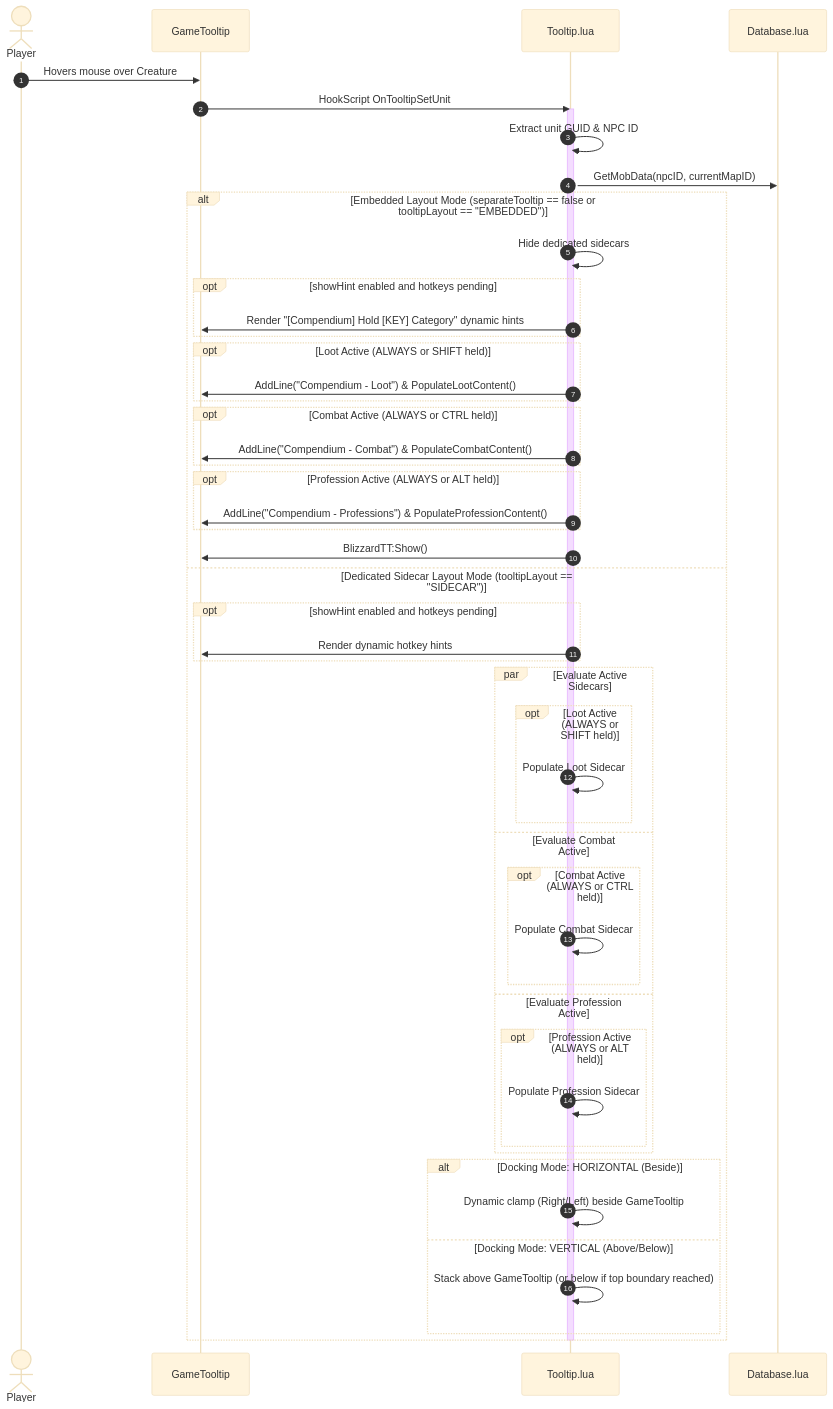
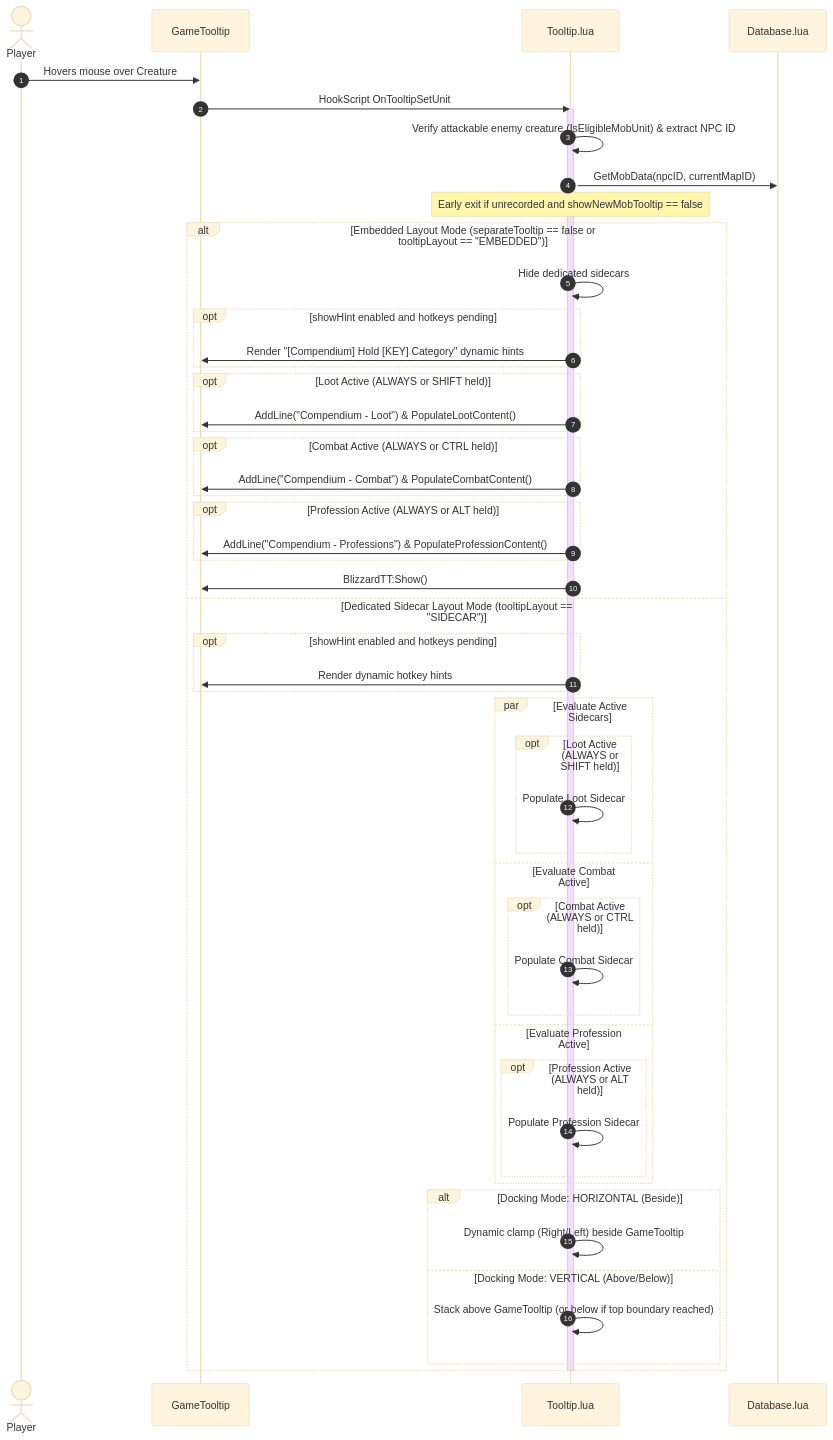
The fifth of 5 diagrams in docs/ARCHITECTURE.md (bguerre20/AzerothCreatureCompendium), drawn with Mermaid (base theme) before and after one commit. The commit also changed other lines of this file and 7 other files, not shown here.

Commit message:
feat: add setting to hide unrecorded mob tooltips and filter friendly units (#26)

````diff
--- a/docs/ARCHITECTURE.md
+++ b/docs/ARCHITECTURE.md
@@ -257,55 +257,56 @@
 ```mermaid
 sequenceDiagram
     autonumber
     actor Player
     participant BlizzardTT as GameTooltip
     participant Tooltip as Tooltip.lua
     participant DB as Database.lua
 
     Player->>BlizzardTT: Hovers mouse over Creature
     BlizzardTT->>Tooltip: HookScript OnTooltipSetUnit
     activate Tooltip
-    Tooltip->>Tooltip: Extract unit GUID & NPC ID
+    Tooltip->>Tooltip: Verify attackable enemy creature (IsEligibleMobUnit) & extract NPC ID
     Tooltip->>DB: GetMobData(npcID, currentMapID)
+    Note over Tooltip: Early exit if unrecorded and showNewMobTooltip == false
 
     alt Embedded Layout Mode (separateTooltip == false or tooltipLayout == "EMBEDDED")
         Tooltip->>Tooltip: Hide dedicated sidecars
         opt showHint enabled and hotkeys pending
             Tooltip->>BlizzardTT: Render "[Compendium] Hold [KEY] Category" dynamic hints
         end
         opt Loot Active (ALWAYS or SHIFT held)
             Tooltip->>BlizzardTT: AddLine("Compendium - Loot") & PopulateLootContent()
         end
         opt Combat Active (ALWAYS or CTRL held)
             Tooltip->>BlizzardTT: AddLine("Compendium - Combat") & PopulateCombatContent()
         end
         opt Profession Active (ALWAYS or ALT held)
             Tooltip->>BlizzardTT: AddLine("Compendium - Professions") & PopulateProfessionContent()
         end
         Tooltip->>BlizzardTT: BlizzardTT:Show()
     else Dedicated Sidecar Layout Mode (tooltipLayout == "SIDECAR")
         opt showHint enabled and hotkeys pending
             Tooltip->>BlizzardTT: Render dynamic hotkey hints
         end
         par Evaluate Active Sidecars
             opt Loot Active (ALWAYS or SHIFT held)
                 Tooltip->>Tooltip: Populate Loot Sidecar
             end
         and Evaluate Combat Active
             opt Combat Active (ALWAYS or CTRL held)
                 Tooltip->>Tooltip: Populate Combat Sidecar
             end
         and Evaluate Profession Active
             opt Profession Active (ALWAYS or ALT held)
                 Tooltip->>Tooltip: Populate Profession Sidecar
             end
         end
 
         alt Docking Mode: HORIZONTAL (Beside)
             Tooltip->>Tooltip: Dynamic clamp (Right/Left) beside GameTooltip
         else Docking Mode: VERTICAL (Above/Below)
             Tooltip->>Tooltip: Stack above GameTooltip (or below if top boundary reached)
         end
     end
     deactivate Tooltip
 ```
````
